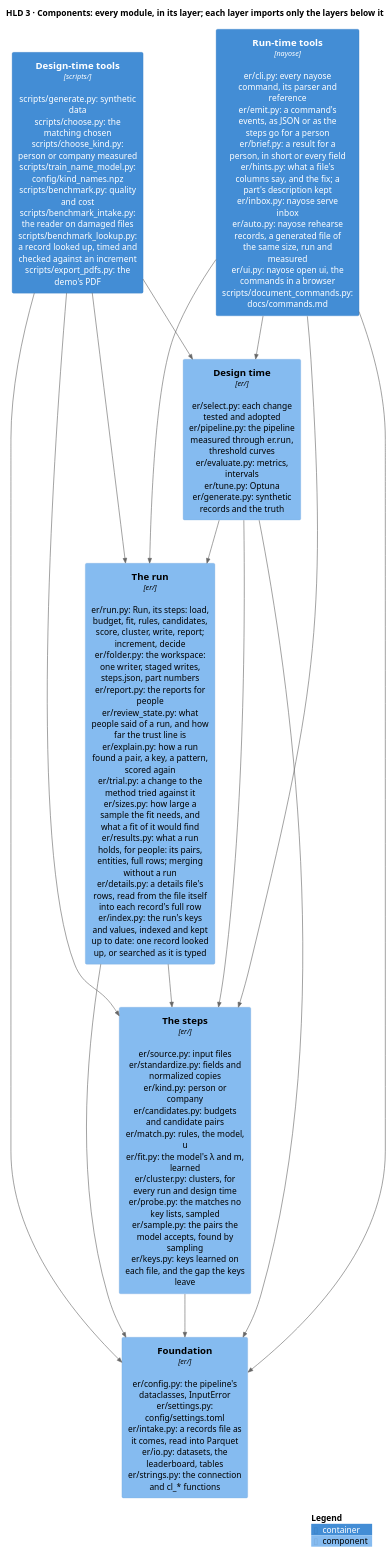
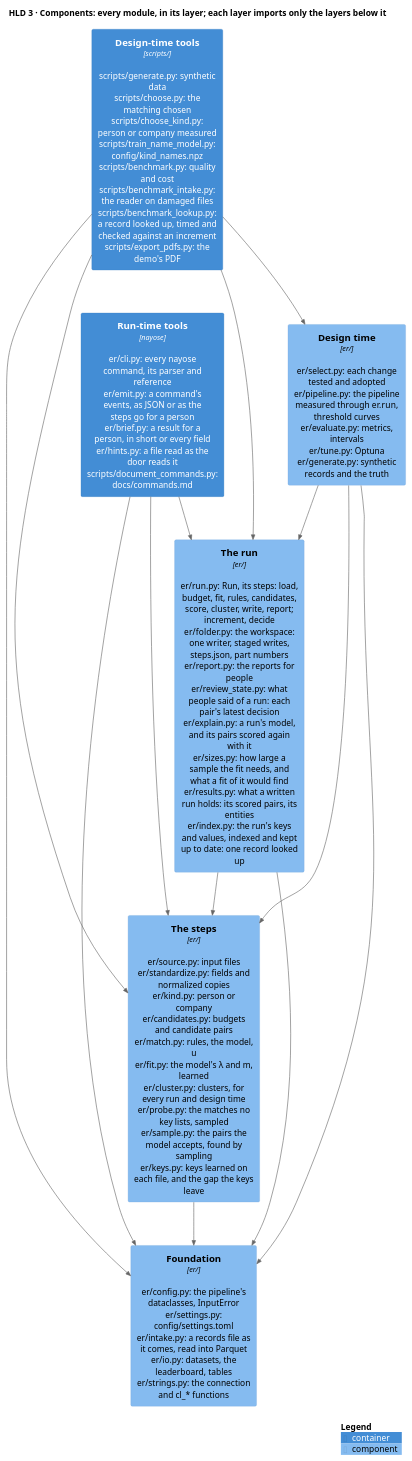
Before and after one commit to mvsbm/entity_matching: the diagram in docs/diagrams/components.puml, drawn with PlantUML. The commit also changed 66 other files, not shown here.

First line of the commit message:
The command line keeps the six commands production runs: resolve, add and match records, apply decisions, build index, match record; the UI, auto mode, the inbox, details, trials and 55 other commands go

```diff
--- a/docs/diagrams/components.puml
+++ b/docs/diagrams/components.puml
@@ -1,31 +1,30 @@
 @startuml components
 !include <C4/C4_Component>
 LAYOUT_TOP_DOWN()
 HIDE_STEREOTYPE()
 title HLD 3 · Components: every module, in its layer; each layer imports only the layers below it
 
-Container(tools_run, "Run-time tools", "nayose", "er/cli.py: every nayose command, its parser and reference\ner/emit.py: a command's events, as JSON or as the steps go for a person\ner/brief.py: a result for a person, in short or every field\ner/hints.py: what a file's columns say, and the fix; a part's description kept\ner/inbox.py: nayose serve inbox\ner/auto.py: nayose rehearse records, a generated file of the same size, run and measured\ner/ui.py: nayose open ui, the commands in a browser\nscripts/document_commands.py: docs/commands.md")
+Container(tools_run, "Run-time tools", "nayose", "er/cli.py: every nayose command, its parser and reference\ner/emit.py: a command's events, as JSON or as the steps go for a person\ner/brief.py: a result for a person, in short or every field\ner/hints.py: a file read as the door reads it\nscripts/document_commands.py: docs/commands.md")
 Container(tools_design, "Design-time tools", "scripts/", "scripts/generate.py: synthetic data\nscripts/choose.py: the matching chosen\nscripts/choose_kind.py: person or company measured\nscripts/train_name_model.py: config/kind_names.npz\nscripts/benchmark.py: quality and cost\nscripts/benchmark_intake.py: the reader on damaged files\nscripts/benchmark_lookup.py: a record looked up, timed and checked against an increment\nscripts/export_pdfs.py: the demo's PDF")
 
-Component(run, "The run", "er/", "er/run.py: Run, its steps: load, budget, fit, rules, candidates, score, cluster, write, report; increment, decide\ner/folder.py: the workspace: one writer, staged writes, steps.json, part numbers\ner/report.py: the reports for people\ner/review_state.py: what people said of a run, and how far the trust line is\ner/explain.py: how a run found a pair, a key, a pattern, scored again\ner/trial.py: a change to the method tried against it\ner/sizes.py: how large a sample the fit needs, and what a fit of it would find\ner/results.py: what a run holds, for people: its pairs, entities, full rows; merging without a run\ner/details.py: a details file's rows, read from the file itself into each record's full row\ner/index.py: the run's keys and values, indexed and kept up to date: one record looked up, or searched as it is typed")
+Component(run, "The run", "er/", "er/run.py: Run, its steps: load, budget, fit, rules, candidates, score, cluster, write, report; increment, decide\ner/folder.py: the workspace: one writer, staged writes, steps.json, part numbers\ner/report.py: the reports for people\ner/review_state.py: what people said of a run: each pair's latest decision\ner/explain.py: a run's model, and its pairs scored again with it\ner/sizes.py: how large a sample the fit needs, and what a fit of it would find\ner/results.py: what a written run holds: its scored pairs, its entities\ner/index.py: the run's keys and values, indexed and kept up to date: one record looked up")
 Component(design, "Design time", "er/", "er/select.py: each change tested and adopted\ner/pipeline.py: the pipeline measured through er.run, threshold curves\ner/evaluate.py: metrics, intervals\ner/tune.py: Optuna\ner/generate.py: synthetic records and the truth")
 Component(steps, "The steps", "er/", "er/source.py: input files\ner/standardize.py: fields and normalized copies\ner/kind.py: person or company\ner/candidates.py: budgets and candidate pairs\ner/match.py: rules, the model, u\ner/fit.py: the model's λ and m, learned\ner/cluster.py: clusters, for every run and design time\ner/probe.py: the matches no key lists, sampled\ner/sample.py: the pairs the model accepts, found by sampling\ner/keys.py: keys learned on each file, and the gap the keys leave")
 Component(configuration, "Foundation", "er/", "er/config.py: the pipeline's dataclasses, InputError\ner/settings.py: config/settings.toml\ner/intake.py: a records file as it comes, read into Parquet\ner/io.py: datasets, the leaderboard, tables\ner/strings.py: the connection and cl_* functions")
 
 Rel_D(tools_run, run, "")
 Rel_D(tools_run, steps, "")
 Rel_D(tools_run, configuration, "")
-Rel_D(tools_run, design, "")
 Rel_D(tools_design, run, "")
 Rel_D(tools_design, design, "")
 Rel_D(tools_design, steps, "")
 Rel_D(tools_design, configuration, "")
 Rel_D(run, steps, "")
 Rel_D(run, configuration, "")
 Rel_D(design, run, "")
 Rel_D(design, steps, "")
 Rel_D(design, configuration, "")
 Rel_D(steps, configuration, "")
 
 SHOW_LEGEND()
 @enduml
```
